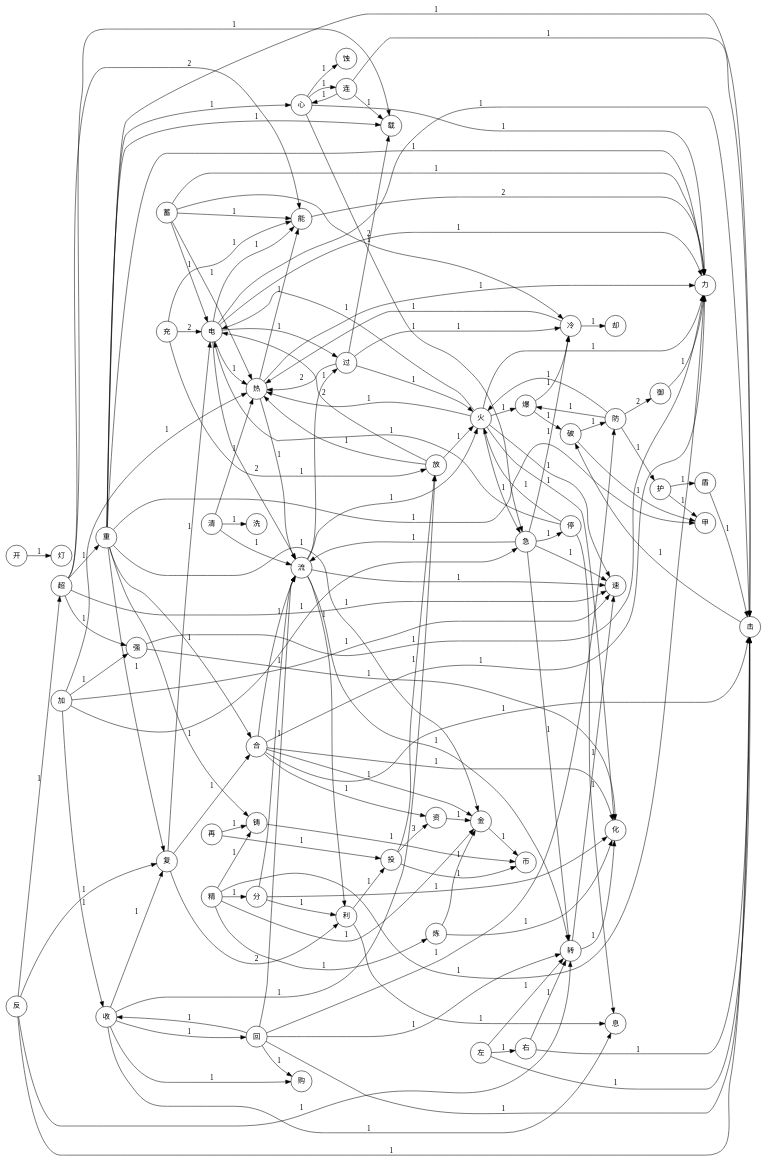
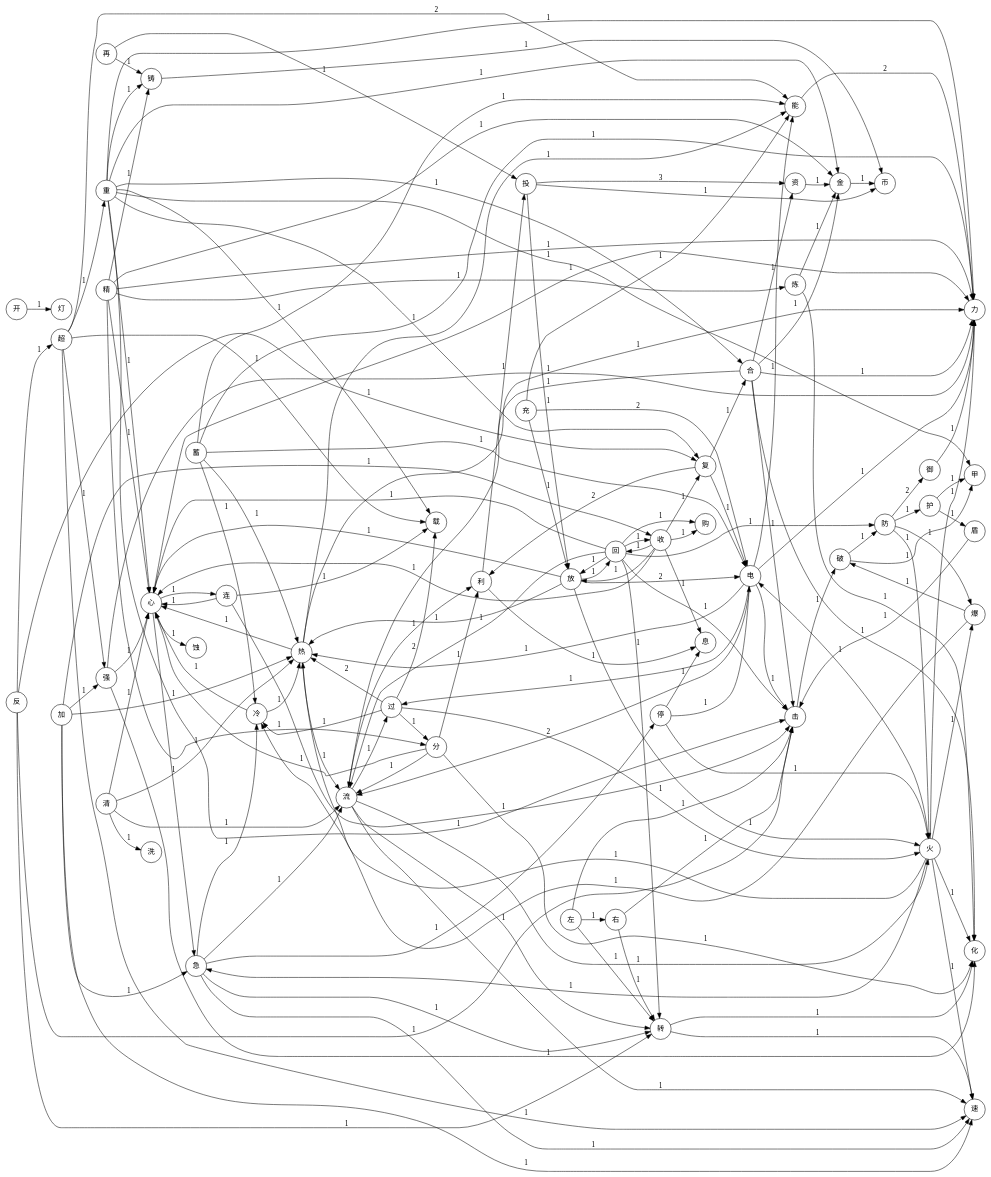
One commit to Doffin-azure/huoziluandou-contributions changed the diagram in docs/glyph_graph.dot. Above: the diagram before and after it, drawn with Graphviz. The commit also changed 40 other files, not shown here.

```diff
--- a/docs/glyph_graph.dot
+++ b/docs/glyph_graph.dot
@@ -6,6 +6,10 @@
   "重";
   "电";
   "热";
+  "放";
+  "回";
+  "心";
+  "分";
   "复";
   "过";
   "冷";
@@ -18,16 +22,14 @@
   "收";
   "流";
   "精";
-  "分";
   "铸";
   "金";
   "转";
   "开";
   "灯";
-  "放";
-  "回";
+  "强";
+  "清";
   "息";
-  "心";
   "连";
   "蚀";
   "蓄";
@@ -42,13 +44,10 @@
   "反";
   "破";
   "爆";
-  "强";
   "载";
   "购";
-  "清";
   "洗";
   "充";
-  "却";
   "停";
   "币";
   "资";
@@ -62,9 +61,15 @@
   "电" -> "力" [label="1"];
   "电" -> "能" [label="1"];
   "电" -> "热" [label="1"];
+  "放" -> "回" [label="1"];
+  "放" -> "心" [label="1"];
+  "分" -> "心" [label="1"];
   "复" -> "电" [label="1"];
+  "过" -> "分" [label="1"];
   "过" -> "冷" [label="1"];
   "合" -> "化" [label="1"];
+  "回" -> "放" [label="1"];
+  "回" -> "心" [label="1"];
   "火" -> "电" [label="1"];
   "火" -> "化" [label="1"];
   "火" -> "急" [label="1"];
@@ -74,17 +79,23 @@
   "加" -> "收" [label="1"];
   "急" -> "流" [label="1"];
   "精" -> "分" [label="1"];
+  "精" -> "心" [label="1"];
   "精" -> "铸" [label="1"];
   "精" -> "金" [label="1"];
   "急" -> "转" [label="1"];
   "开" -> "灯" [label="1"];
   "冷" -> "热" [label="1"];
+  "冷" -> "心" [label="1"];
   "流" -> "火" [label="1"];
   "流" -> "速" [label="1"];
+  "强" -> "心" [label="1"];
+  "清" -> "心" [label="1"];
+  "热" -> "心" [label="1"];
   "收" -> "放" [label="1"];
   "收" -> "复" [label="1"];
   "收" -> "回" [label="1"];
   "收" -> "息" [label="1"];
+  "收" -> "心" [label="1"];
   "心" -> "急" [label="1"];
   "心" -> "力" [label="1"];
   "心" -> "连" [label="1"];
@@ -153,7 +164,6 @@
   "加" -> "速" [label="1"];
   "急" -> "速" [label="1"];
   "超" -> "速" [label="1"];
-  "冷" -> "却" [label="1"];
   "急" -> "停" [label="1"];
   "停" -> "火" [label="1"];
   "停" -> "息" [label="1"];
```
